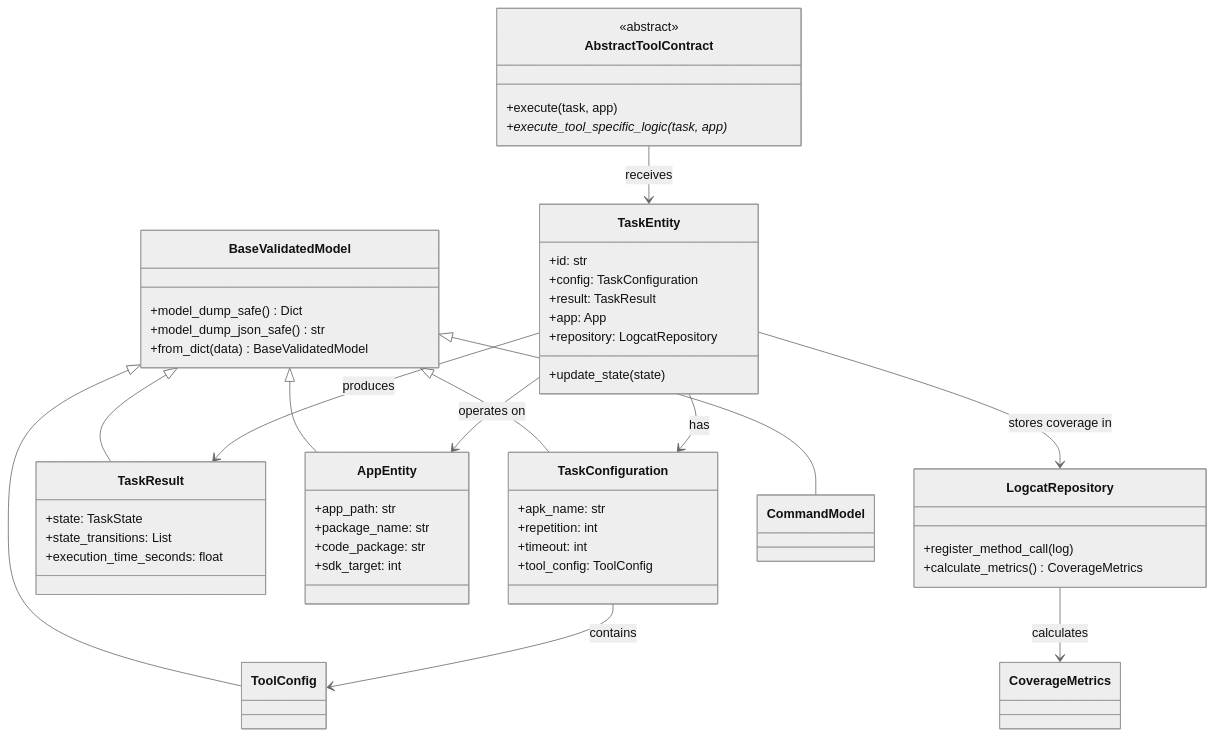
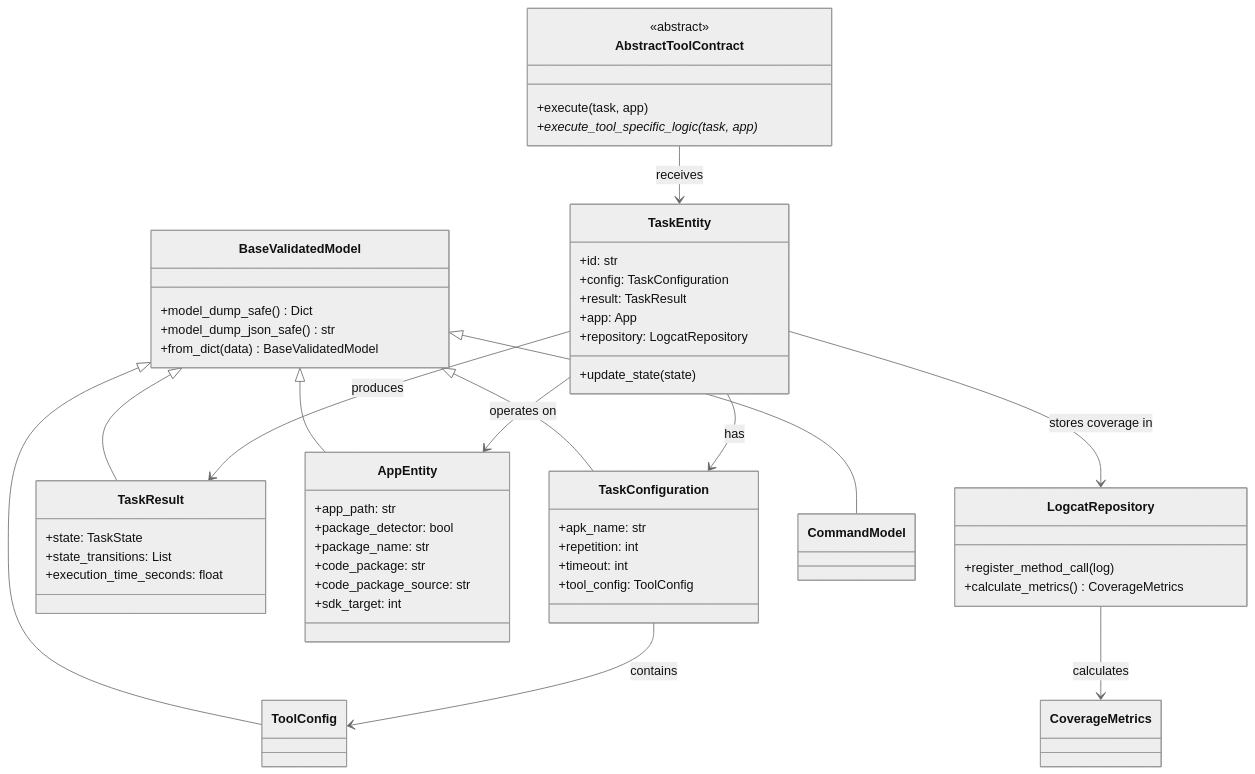
The second of 9 diagrams in rv-android/modules/rv-android-core/docs/architecture.md (PAMunb/rvsec), drawn with Mermaid before and after one commit. The commit also changed other lines of this file and 43 other files, not shown here.

````diff
--- a/rv-android/modules/rv-android-core/docs/architecture.md
+++ b/rv-android/modules/rv-android-core/docs/architecture.md
@@ -253,63 +253,65 @@
 ```mermaid
 %%{init: {'theme': 'neutral'}}%%
 classDiagram
     class BaseValidatedModel {
         +model_dump_safe() Dict
         +model_dump_json_safe() str
         +from_dict(data) BaseValidatedModel
     }
 
     class TaskEntity {
         +id: str
         +config: TaskConfiguration
         +result: TaskResult
         +app: App
         +repository: LogcatRepository
         +update_state(state)
     }
 
     class TaskConfiguration {
         +apk_name: str
         +repetition: int
         +timeout: int
         +tool_config: ToolConfig
     }
 
     class TaskResult {
         +state: TaskState
         +state_transitions: List
         +execution_time_seconds: float
     }
 
     class AppEntity {
         +app_path: str
+        +package_detector: bool
         +package_name: str
         +code_package: str
+        +code_package_source: str
         +sdk_target: int
     }
 
     class LogcatRepository {
         +register_method_call(log)
         +calculate_metrics() CoverageMetrics
     }
 
     class AbstractToolContract {
         <<abstract>>
         +execute(task, app)
         +execute_tool_specific_logic(task, app)*
     }
 
     BaseValidatedModel <|-- TaskConfiguration
     BaseValidatedModel <|-- TaskResult
     BaseValidatedModel <|-- AppEntity
     BaseValidatedModel <|-- ToolConfig
     BaseValidatedModel <|-- CommandModel
 
     TaskEntity --> TaskConfiguration : has
     TaskEntity --> TaskResult : produces
     TaskEntity --> AppEntity : operates on
     TaskEntity --> LogcatRepository : stores coverage in
     TaskConfiguration --> ToolConfig : contains
     LogcatRepository --> CoverageMetrics : calculates
     AbstractToolContract --> TaskEntity : receives
 ```
````
